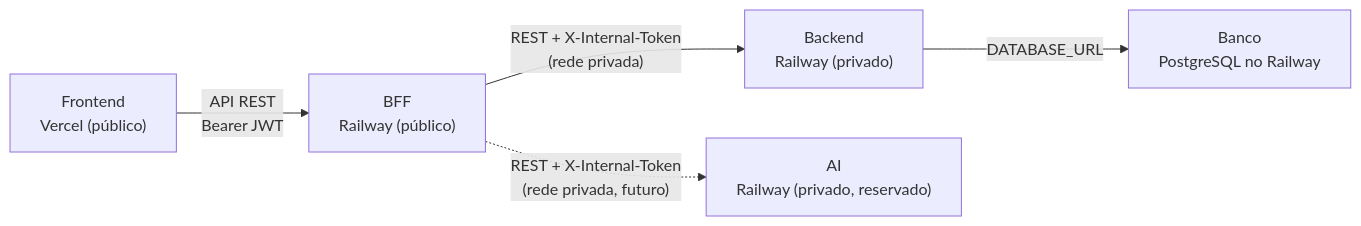
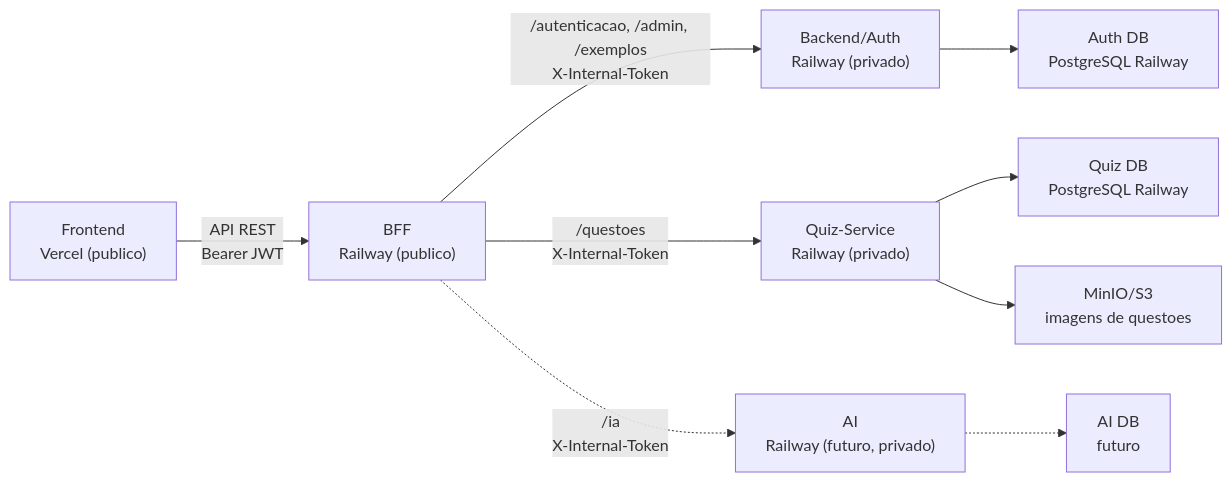
Before and after one commit to fga-eps-mds/2026-1-AnatoQuizUp-Doc: the diagram in docs/arquitetura/visoes/implantacao.md, drawn with Mermaid. The commit also changed other lines of this file and 10 other files, not shown here.

Commit message:
docs: atualiza arquitetura para quiz-service

````diff
--- a/docs/arquitetura/visoes/implantacao.md
+++ b/docs/arquitetura/visoes/implantacao.md
@@ -9,13 +7,21 @@
 ```mermaid
 flowchart LR
-    frontend["Frontend<br/>Vercel (público)"]
-    bff["BFF<br/>Railway (público)"]
-    backend["Backend<br/>Railway (privado)"]
-    ai["AI<br/>Railway (privado, reservado)"]
-    banco["Banco<br/>PostgreSQL no Railway"]
+    frontend["Frontend<br/>Vercel (publico)"]
+    bff["BFF<br/>Railway (publico)"]
+    auth["Backend/Auth<br/>Railway (privado)"]
+    quiz["Quiz-Service<br/>Railway (privado)"]
+    ai["AI<br/>Railway (futuro, privado)"]
+    authDb["Auth DB<br/>PostgreSQL Railway"]
+    quizDb["Quiz DB<br/>PostgreSQL Railway"]
+    aiDb["AI DB<br/>futuro"]
+    storage["MinIO/S3<br/>imagens de questoes"]
 
     frontend -->|"API REST<br/>Bearer JWT"| bff
-    bff -->|"REST + X-Internal-Token<br/>(rede privada)"| backend
-    bff -.->|"REST + X-Internal-Token<br/>(rede privada, futuro)"| ai
-    backend -->|"DATABASE_URL"| banco
+    bff -->|"/autenticacao, /admin, /exemplos<br/>X-Internal-Token"| auth
+    bff -->|"/questoes<br/>X-Internal-Token"| quiz
+    bff -.->|"/ia<br/>X-Internal-Token"| ai
+    auth --> authDb
+    quiz --> quizDb
+    quiz --> storage
+    ai -.-> aiDb
 ```
````
